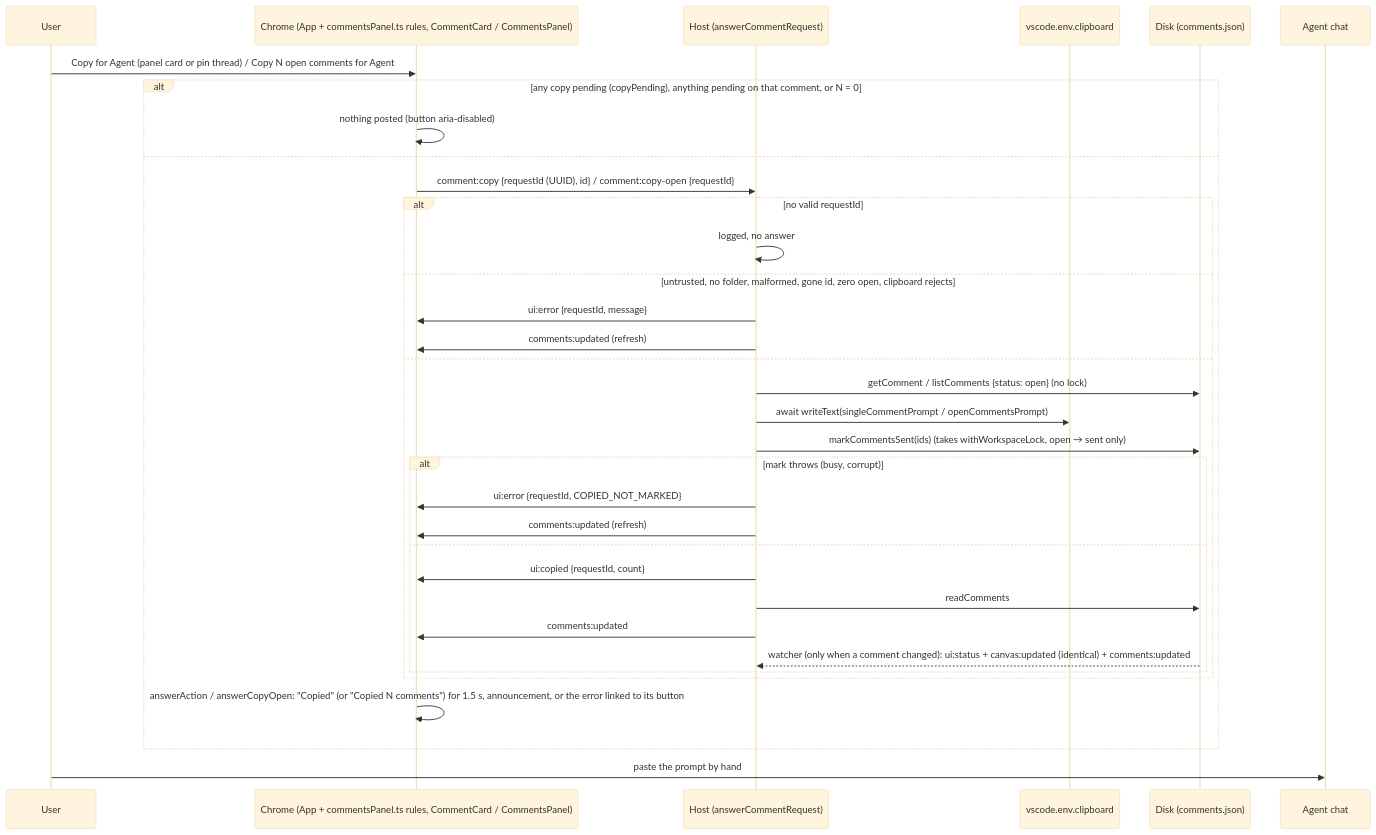
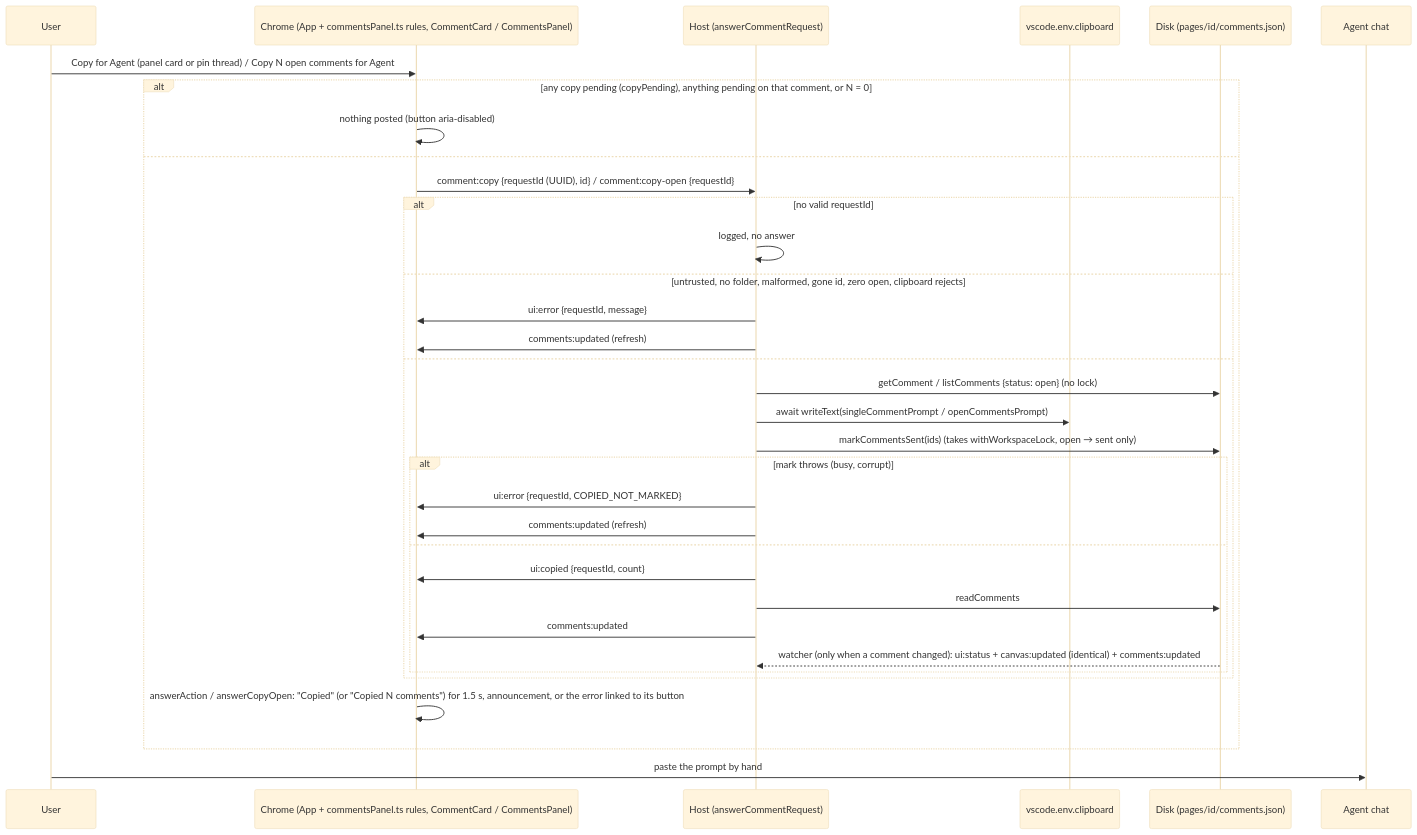
One commit to MarekBombera/cursor-design-extension changed diagram 15 of 16 in blueprint/context/system-map.md. Above: the diagram before and after it, drawn with Mermaid (base theme). The commit also changed other lines of this file and 57 other files, not shown here.

First line of the commit message:
feat: pages on disk + migration (10a)

````diff
--- a/blueprint/context/system-map.md
+++ b/blueprint/context/system-map.md
@@ -739,36 +823,36 @@
 ```mermaid
 sequenceDiagram
   participant U as User
   participant C as Chrome (App + commentsPanel.ts rules, CommentCard / CommentsPanel)
   participant H as Host (answerCommentRequest)
   participant CB as vscode.env.clipboard
-  participant D as Disk (comments.json)
+  participant D as Disk (pages/id/comments.json)
   participant A as Agent chat
   U->>C: Copy for Agent (panel card or pin thread) / Copy N open comments for Agent
   alt any copy pending (copyPending), anything pending on that comment, or N = 0
     C->>C: nothing posted (button aria-disabled)
   else
     C->>H: comment:copy {requestId (UUID), id} / comment:copy-open {requestId}
     alt no valid requestId
       H->>H: logged, no answer
     else untrusted, no folder, malformed, gone id, zero open, clipboard rejects
       H->>C: ui:error {requestId, message}
       H->>C: comments:updated (refresh)
     else
       H->>D: getComment / listComments {status: open} (no lock)
       H->>CB: await writeText(singleCommentPrompt / openCommentsPrompt)
       H->>D: markCommentsSent(ids) (takes withWorkspaceLock, open → sent only)
       alt mark throws (busy, corrupt)
         H->>C: ui:error {requestId, COPIED_NOT_MARKED}
         H->>C: comments:updated (refresh)
       else
         H->>C: ui:copied {requestId, count}
         H->>D: readComments
         H->>C: comments:updated
         D-->>H: watcher (only when a comment changed): ui:status + canvas:updated (identical) + comments:updated
       end
     end
     C->>C: answerAction / answerCopyOpen: "Copied" (or "Copied N comments") for 1.5 s, announcement, or the error linked to its button
   end
   U->>A: paste the prompt by hand
 ```
````
